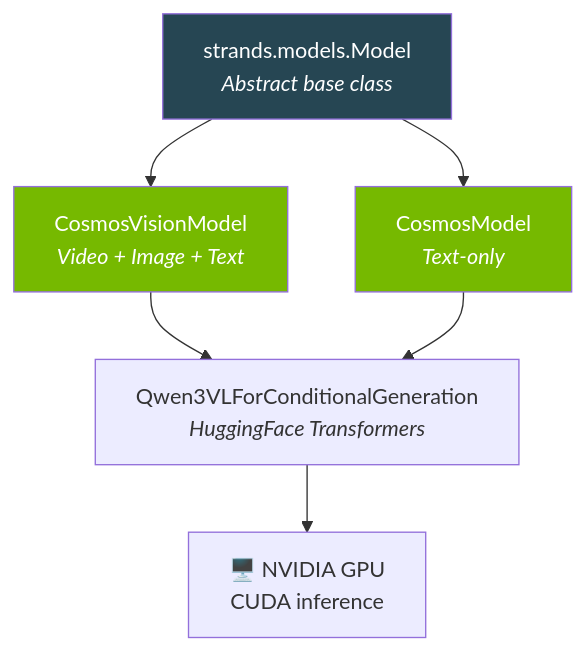
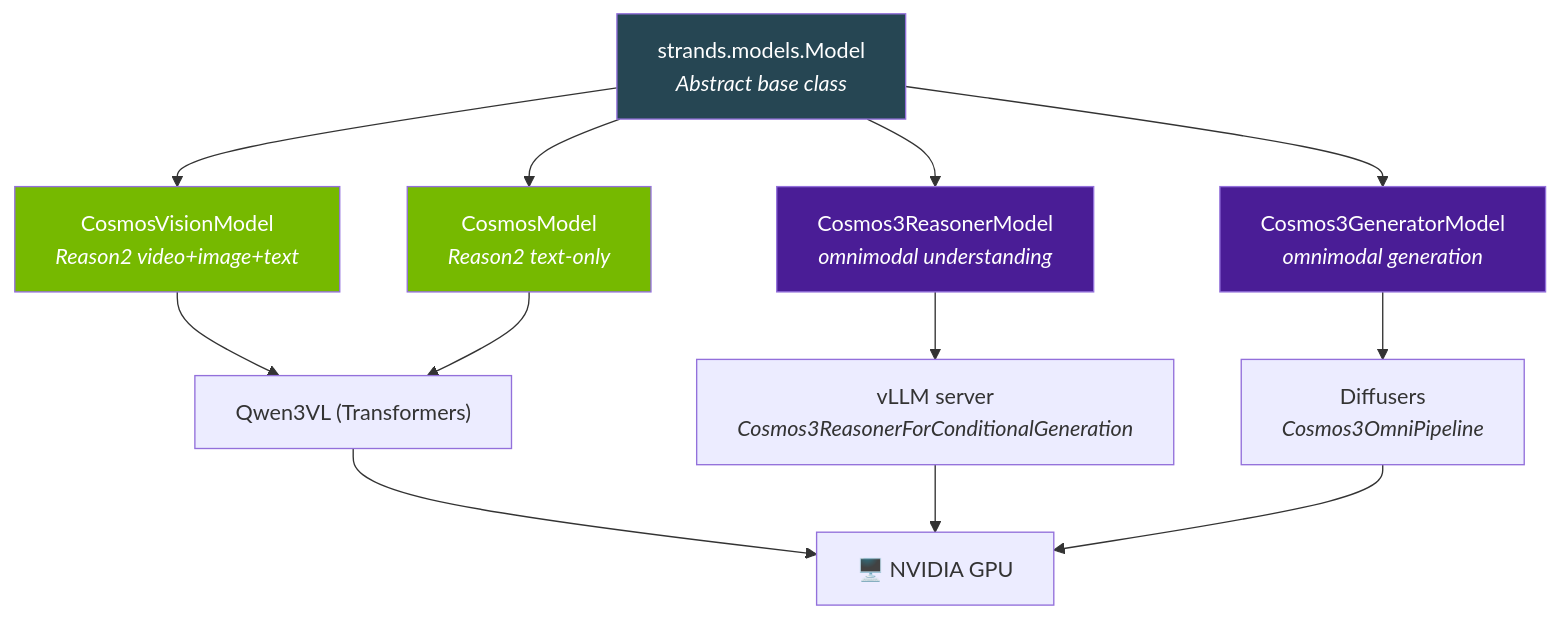
One commit to cagataycali/strands-cosmos changed the first of 5 diagrams in docs/architecture.md. Above: the diagram before and after it, drawn with Mermaid. The commit also changed other lines of this file and 2 other files, not shown here.

Commit message:
docs: add Cosmos 3 to quickstart, installation, and architecture
- quickstart.md: 'Choose your path' table + Cosmos 3 reason->generate quickstart
  (setup, serve, reason, generate+sound), Reason2 repositioned as edge VLM
- installation.md: 'Cosmos 3 Environments' section (c3-setup-* + CUDA pairing)
- architecture.md: add cosmos3 model files + tools/cosmos3.py to tree, update
  model-hierarchy mermaid with Cosmos3ReasonerModel/Cosmos3GeneratorModel, 37 tools

````diff
--- a/docs/architecture.md
+++ b/docs/architecture.md
@@ -44,14 +47,22 @@
 ```mermaid
 graph TD
-    SM["strands.models.Model<br/><i>Abstract base class</i>"] --> CM["CosmosModel<br/><i>Text-only</i>"]
-    SM --> CVM["CosmosVisionModel<br/><i>Video + Image + Text</i>"]
+    SM["strands.models.Model<br/><i>Abstract base class</i>"] --> CM["CosmosModel<br/><i>Reason2 text-only</i>"]
+    SM --> CVM["CosmosVisionModel<br/><i>Reason2 video+image+text</i>"]
+    SM --> C3R["Cosmos3ReasonerModel<br/><i>omnimodal understanding</i>"]
+    SM --> C3G["Cosmos3GeneratorModel<br/><i>omnimodal generation</i>"]
 
-    CVM --> Q["Qwen3VLForConditionalGeneration<br/><i>HuggingFace Transformers</i>"]
+    CVM --> Q["Qwen3VL (Transformers)"]
     CM --> Q
+    C3R --> VLLM["vLLM server<br/><i>Cosmos3ReasonerForConditionalGeneration</i>"]
+    C3G --> DIFF["Diffusers<br/><i>Cosmos3OmniPipeline</i>"]
 
-    Q --> GPU["🖥️ NVIDIA GPU<br/>CUDA inference"]
+    Q --> GPU["🖥️ NVIDIA GPU"]
+    VLLM --> GPU
+    DIFF --> GPU
 
     style SM fill:#264653,color:#fff
     style CVM fill:#76b900,color:#fff
     style CM fill:#76b900,color:#fff
+    style C3R fill:#4a1d96,color:#fff
+    style C3G fill:#4a1d96,color:#fff
 ```
````
